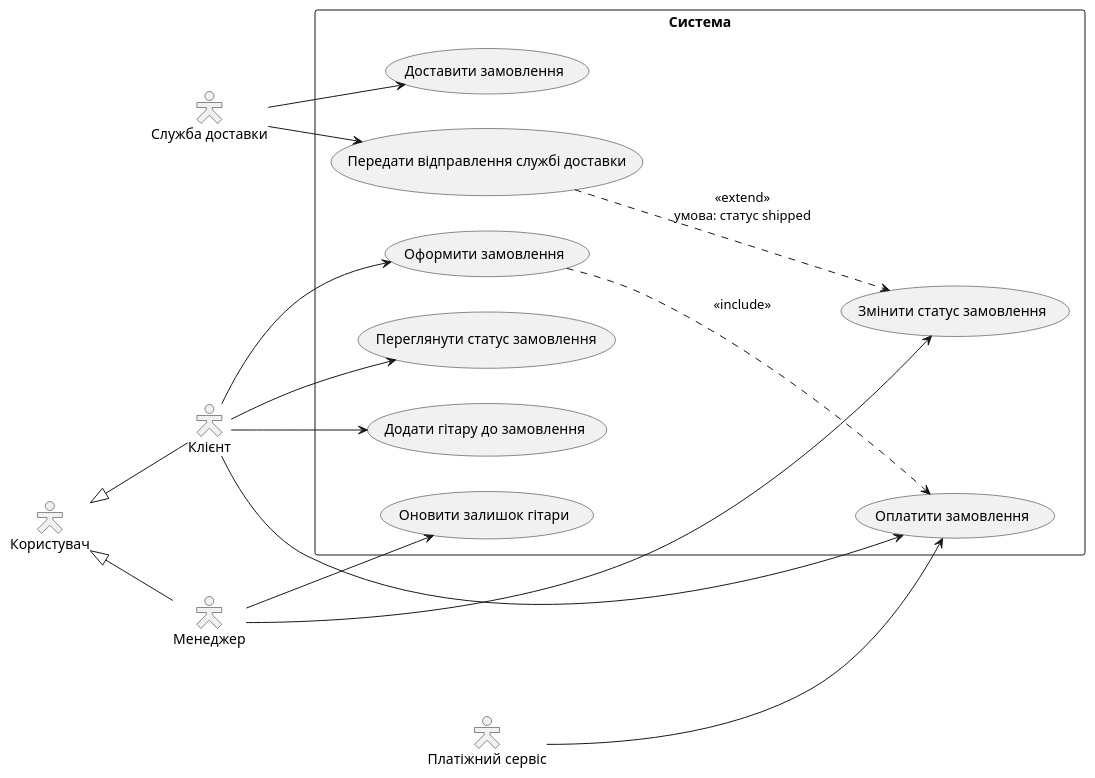
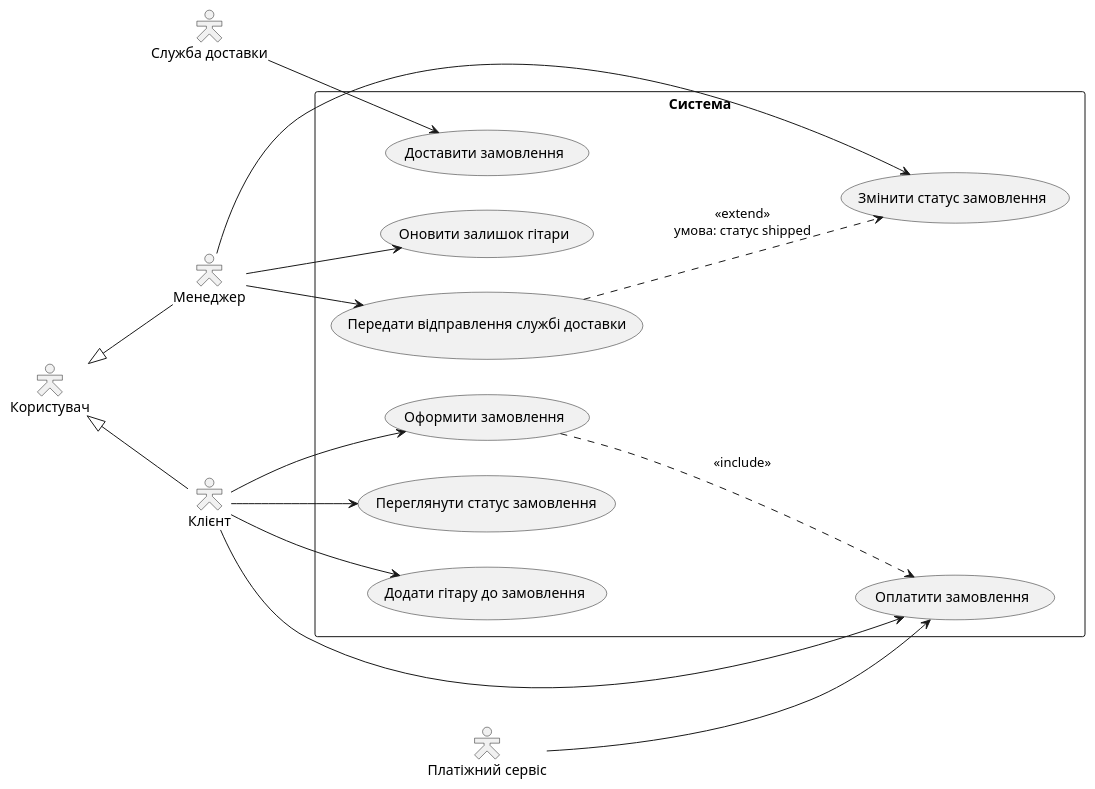
Before and after one commit to skhtrntyjt/KPI2: the diagram in lab2/usecase.puml, drawn with PlantUML.

Commit message:
Update use case diagram for manager interactions

```diff
--- a/lab2/usecase.puml
+++ b/lab2/usecase.puml
@@ -1,42 +1,42 @@
 @startuml
 left to right direction
 
 skinparam actorStyle hollow
 
 actor Користувач
 actor Клієнт
 actor Менеджер
 actor "Платіжний сервіс" as PaymentService
 actor "Служба доставки" as DeliveryService
 
 Користувач <|-- Клієнт
 Користувач <|-- Менеджер
 
 rectangle "Система" {
     usecase "Додати гітару до замовлення" as UC1
     usecase "Оформити замовлення" as UC2
     usecase "Оплатити замовлення" as UC3
     usecase "Переглянути статус замовлення" as UC4
     usecase "Змінити статус замовлення" as UC5
     usecase "Оновити залишок гітари" as UC6
     usecase "Доставити замовлення" as UC7
     usecase "Передати відправлення службі доставки" as UC8
 
     UC2 ..> UC3 : <<include>>
     UC8 ..> UC5 : <<extend>>\nумова: статус shipped
 }
 
 Клієнт --> UC1
 Клієнт --> UC2
 Клієнт --> UC3
 Клієнт --> UC4
 
 Менеджер --> UC5
 Менеджер --> UC6
+Менеджер --> UC8
 
 PaymentService --> UC3
 
 DeliveryService --> UC7
-DeliveryService --> UC8
 
 @enduml
```
